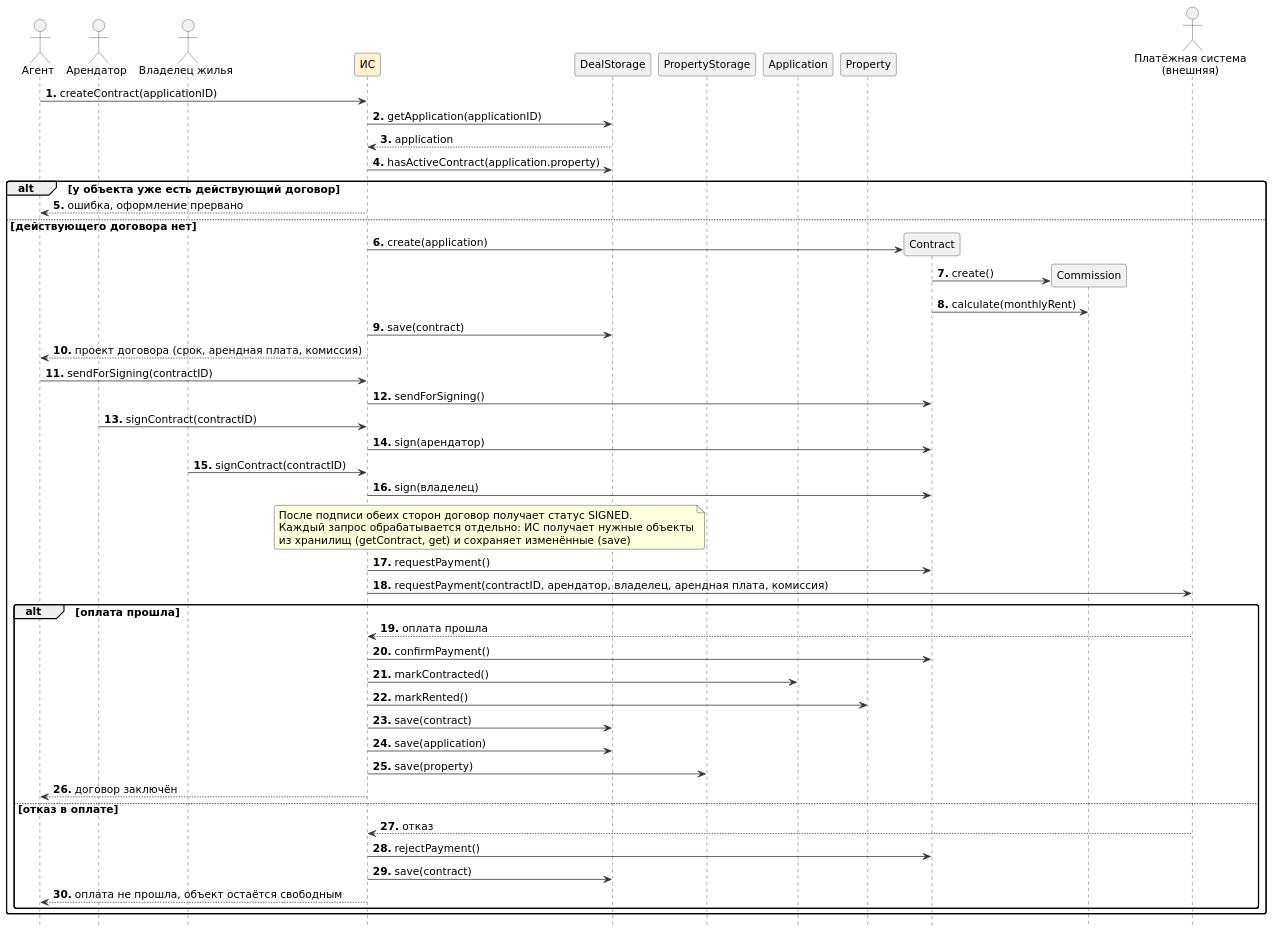
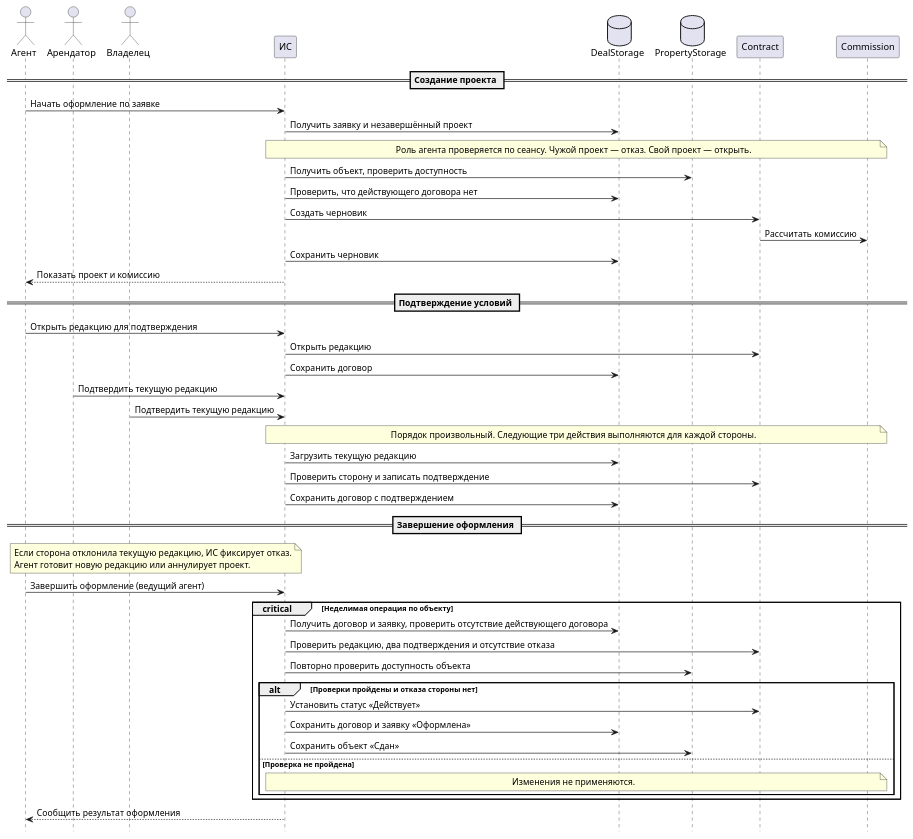
Before and after one commit to penamarth/bsbo-11-24_team2_var8_rentagency: the third of 3 diagrams in Прецеденты/ПР3.ДоговорОплата.Альберт/Контекст3.Код.md, drawn with PlantUML. The commit also changed other lines of this file and 5 other files, not shown here.

````diff
--- a/Прецеденты/ПР3.ДоговорОплата.Альберт/Контекст3.Код.md
+++ b/Прецеденты/ПР3.ДоговорОплата.Альберт/Контекст3.Код.md
@@ -2,77 +66,49 @@
 ```plantuml
 @startuml
-skinparam defaultFontName DejaVu Sans
-skinparam defaultFontSize 14
-skinparam shadowing false
-skinparam dpi 110
-skinparam roundCorner 6
-skinparam backgroundColor white
-skinparam ArrowColor #333333
-skinparam sequence {
-  LifeLineBorderColor #333333
-  ParticipantBorderColor #333333
-  ParticipantBackgroundColor #F1F1F1
-  ActorBorderColor #333333
-  ActorBackgroundColor #F1F1F1
-  BoxBorderColor #333333
-}
-skinparam participant<<IS>> {
-  BackgroundColor #FFF2CC
-}
-autonumber "<b>0."
 hide footbox
-hide stereotype
 actor "Агент" as A
 actor "Арендатор" as T
-actor "Владелец жилья" as O
-participant "ИС" as IS <<IS>>
-participant "DealStorage" as DS
-participant "PropertyStorage" as PS
-participant "Application" as AP
-participant "Property" as P
+actor "Владелец" as O
+participant "ИС" as IS
+database "DealStorage" as DS
+database "PropertyStorage" as PS
 participant "Contract" as C
 participant "Commission" as CM
-actor "Платёжная система\n(внешняя)" as PAY
-
-A -> IS : createContract(applicationID)
-IS -> DS : getApplication(applicationID)
-DS --> IS : application
-IS -> DS : hasActiveContract(application.property)
-alt у объекта уже есть действующий договор
-  IS --> A : ошибка, оформление прервано
-else действующего договора нет
-  IS -> C ** : create(application)
-  C -> CM ** : create()
-  C -> CM : calculate(monthlyRent)
-  IS -> DS : save(contract)
-  IS --> A : проект договора (срок, арендная плата, комиссия)
-
-  A -> IS : sendForSigning(contractID)
-  IS -> C : sendForSigning()
-  T -> IS : signContract(contractID)
-  IS -> C : sign(арендатор)
-  O -> IS : signContract(contractID)
-  IS -> C : sign(владелец)
-  note over IS, DS : После подписи обеих сторон договор получает статус SIGNED.\nКаждый запрос обрабатывается отдельно: ИС получает нужные объекты\nиз хранилищ (getContract, get) и сохраняет изменённые (save)
-
-  IS -> C : requestPayment()
-  IS -> PAY : requestPayment(contractID, арендатор, владелец, арендная плата, комиссия)
-
-  alt оплата прошла
-    PAY --> IS : оплата прошла
-    IS -> C : confirmPayment()
-    IS -> AP : markContracted()
-    IS -> P : markRented()
-    IS -> DS : save(contract)
-    IS -> DS : save(application)
-    IS -> PS : save(property)
-    IS --> A : договор заключён
-  else отказ в оплате
-    PAY --> IS : отказ
-    IS -> C : rejectPayment()
-    IS -> DS : save(contract)
-    IS --> A : оплата не прошла, объект остаётся свободным
-  end
+== Создание проекта ==
+A -> IS : Начать оформление по заявке
+IS -> DS : Получить заявку и незавершённый проект
+note over IS, CM : Роль агента проверяется по сеансу. Чужой проект — отказ. Свой проект — открыть.
+IS -> PS : Получить объект, проверить доступность
+IS -> DS : Проверить, что действующего договора нет
+IS -> C : Создать черновик
+C -> CM : Рассчитать комиссию
+IS -> DS : Сохранить черновик
+IS --> A : Показать проект и комиссию
+== Подтверждение условий ==
+A -> IS : Открыть редакцию для подтверждения
+IS -> C : Открыть редакцию
+IS -> DS : Сохранить договор
+T -> IS : Подтвердить текущую редакцию
+O -> IS : Подтвердить текущую редакцию
+note over IS, CM : Порядок произвольный. Следующие три действия выполняются для каждой стороны.
+IS -> DS : Загрузить текущую редакцию
+IS -> C : Проверить сторону и записать подтверждение
+IS -> DS : Сохранить договор с подтверждением
+== Завершение оформления ==
+note over A, IS : Если сторона отклонила текущую редакцию, ИС фиксирует отказ.\nАгент готовит новую редакцию или аннулирует проект.
+A -> IS : Завершить оформление (ведущий агент)
+critical Неделимая операция по объекту
+IS -> DS : Получить договор и заявку, проверить отсутствие действующего договора
+IS -> C : Проверить редакцию, два подтверждения и отсутствие отказа
+IS -> PS : Повторно проверить доступность объекта
+alt Проверки пройдены и отказа стороны нет
+IS -> C : Установить статус «Действует»
+IS -> DS : Сохранить договор и заявку «Оформлена»
+IS -> PS : Сохранить объект «Сдан»
+else Проверка не пройдена
+note over IS, CM : Изменения не применяются.
 end
+end
+IS --> A : Сообщить результат оформления
 @enduml
 ```
````
